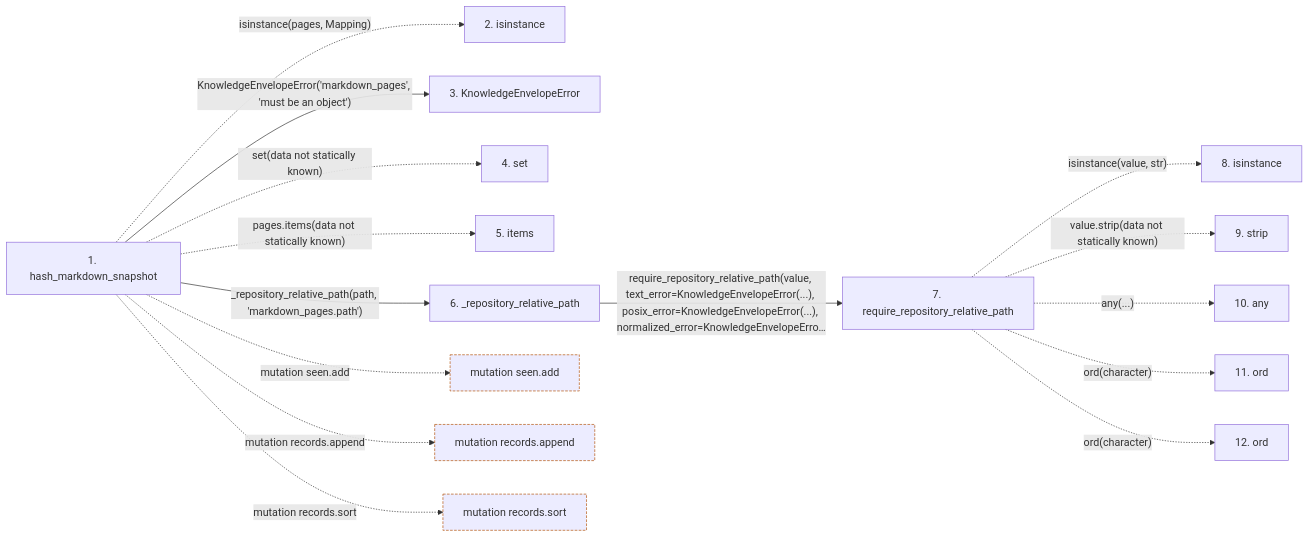
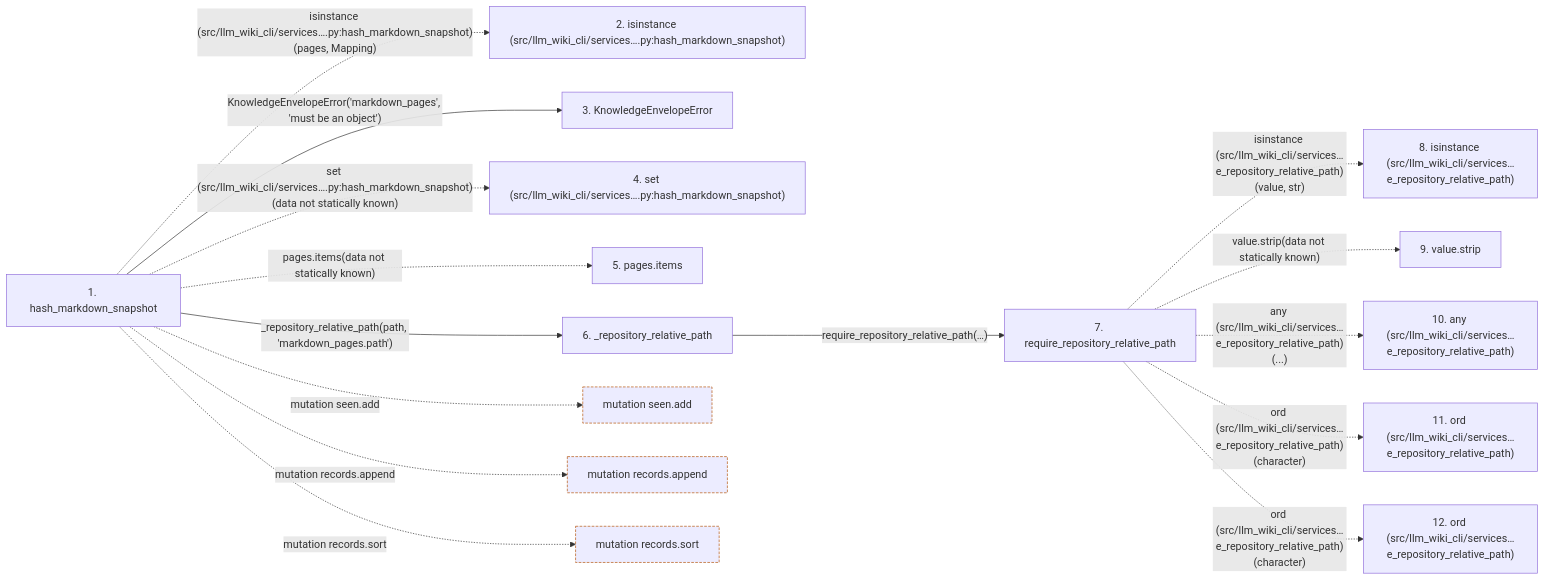
Before and after one commit to Denissvgn/python-wiki-llm: the second of 2 diagrams in docs/llm_wiki/flows/api-hash_markdown_snapshot.md, drawn with Mermaid. The commit also changed other lines of this file and 719 other files, not shown here.

````diff
--- a/docs/llm_wiki/flows/api-hash_markdown_snapshot.md
+++ b/docs/llm_wiki/flows/api-hash_markdown_snapshot.md
@@ -70,40 +73,40 @@
 ```mermaid
 flowchart LR
     s1["1. hash_markdown_snapshot"]
-    s2["2. isinstance"]
+    s2["2. isinstance (src/llm_wiki_cli/services….py:hash_markdown_snapshot)"]
     s3["3. KnowledgeEnvelopeError"]
-    s4["4. set"]
-    s5["5. items"]
+    s4["4. set (src/llm_wiki_cli/services….py:hash_markdown_snapshot)"]
+    s5["5. pages.items"]
     s6["6. _repository_relative_path"]
     s7["7. require_repository_relative_path"]
-    s8["8. isinstance"]
-    s9["9. strip"]
-    s10["10. any"]
-    s11["11. ord"]
-    s12["12. ord"]
-    s1 -. "isinstance(pages, Mapping)" .-> s2
+    s8["8. isinstance (src/llm_wiki_cli/services…e_repository_relative_path)"]
+    s9["9. value.strip"]
+    s10["10. any (src/llm_wiki_cli/services…e_repository_relative_path)"]
+    s11["11. ord (src/llm_wiki_cli/services…e_repository_relative_path)"]
+    s12["12. ord (src/llm_wiki_cli/services…e_repository_relative_path)"]
+    s1 -. "isinstance (src/llm_wiki_cli/services….py:hash_markdown_snapshot)(pages, Mapping)" .-> s2
     s1 -->|"KnowledgeEnvelopeError('markdown_pages', 'must be an object')"| s3
-    s1 -. "set(data not statically known)" .-> s4
+    s1 -. "set (src/llm_wiki_cli/services….py:hash_markdown_snapshot)(data not statically known)" .-> s4
     s1 -. "pages.items(data not statically known)" .-> s5
     s1 -->|"_repository_relative_path(path, 'markdown_pages.path')"| s6
-    s6 -->|"require_repository_relative_path(value, text_error=KnowledgeEnvelopeError(...), posix_error=KnowledgeEnvelopeError(...), normalized_error=KnowledgeEnvelopeErro…"| s7
-    s7 -. "isinstance(value, str)" .-> s8
+    s6 -->|"require_repository_relative_path(…)"| s7
+    s7 -. "isinstance (src/llm_wiki_cli/services…e_repository_relative_path)(value, str)" .-> s8
     s7 -. "value.strip(data not statically known)" .-> s9
-    s7 -. "any(...)" .-> s10
-    s7 -. "ord(character)" .-> s11
-    s7 -. "ord(character)" .-> s12
+    s7 -. "any (src/llm_wiki_cli/services…e_repository_relative_path)(...)" .-> s10
+    s7 -. "ord (src/llm_wiki_cli/services…e_repository_relative_path)(character)" .-> s11
+    s7 -. "ord (src/llm_wiki_cli/services…e_repository_relative_path)(character)" .-> s12
     b0["mutation seen.add"]
     s1 -. "mutation seen.add" .-> b0
     b1["mutation records.append"]
     s1 -. "mutation records.append" .-> b1
     b2["mutation records.sort"]
     s1 -. "mutation records.sort" .-> b2
     click s1 "../modules/knowledge_envelope.md"
     click s3 "../modules/knowledge_envelope.md"
     click s6 "../modules/knowledge_envelope.md"
     click s7 "../modules/validation.md"
     classDef boundary stroke:#b45309,stroke-dasharray: 4 2
     class b0 boundary
     class b1 boundary
     class b2 boundary
 ```
````
